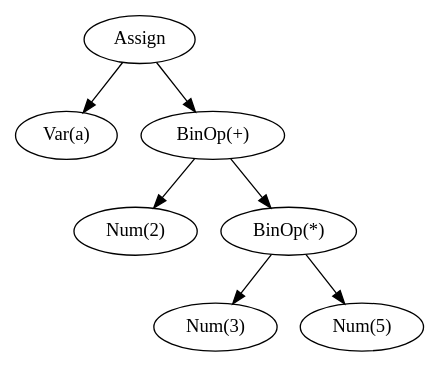
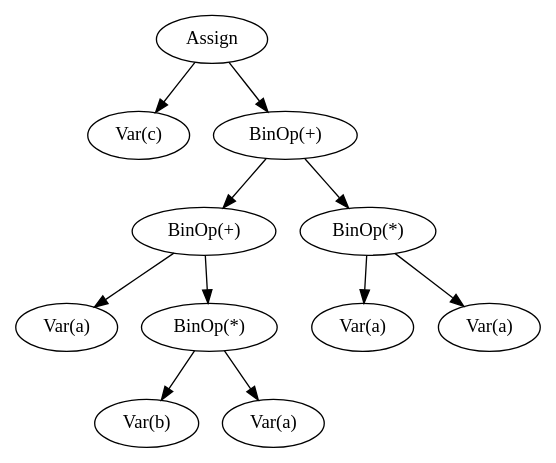
Before and after one commit to ushapothuri/CD-2026: the diagram in ast.dot, drawn with Graphviz. The commit also changed 1 other file, not shown here.

```diff
--- a/ast.dot
+++ b/ast.dot
@@ -1,15 +1,23 @@
 digraph AST {
   n0 [label="Assign"];
-  n1 [label="Var(a)"];
+  n1 [label="Var(c)"];
   n0 -> n1;
   n2 [label="BinOp(+)"];
   n0 -> n2;
-  n3 [label="Num(2)"];
+  n3 [label="BinOp(+)"];
   n2 -> n3;
-  n4 [label="BinOp(*)"];
-  n2 -> n4;
-  n5 [label="Num(3)"];
-  n4 -> n5;
-  n6 [label="Num(5)"];
-  n4 -> n6;
+  n4 [label="Var(a)"];
+  n3 -> n4;
+  n5 [label="BinOp(*)"];
+  n3 -> n5;
+  n6 [label="Var(b)"];
+  n5 -> n6;
+  n7 [label="Var(a)"];
+  n5 -> n7;
+  n8 [label="BinOp(*)"];
+  n2 -> n8;
+  n9 [label="Var(a)"];
+  n8 -> n9;
+  n10 [label="Var(a)"];
+  n8 -> n10;
 }
```
